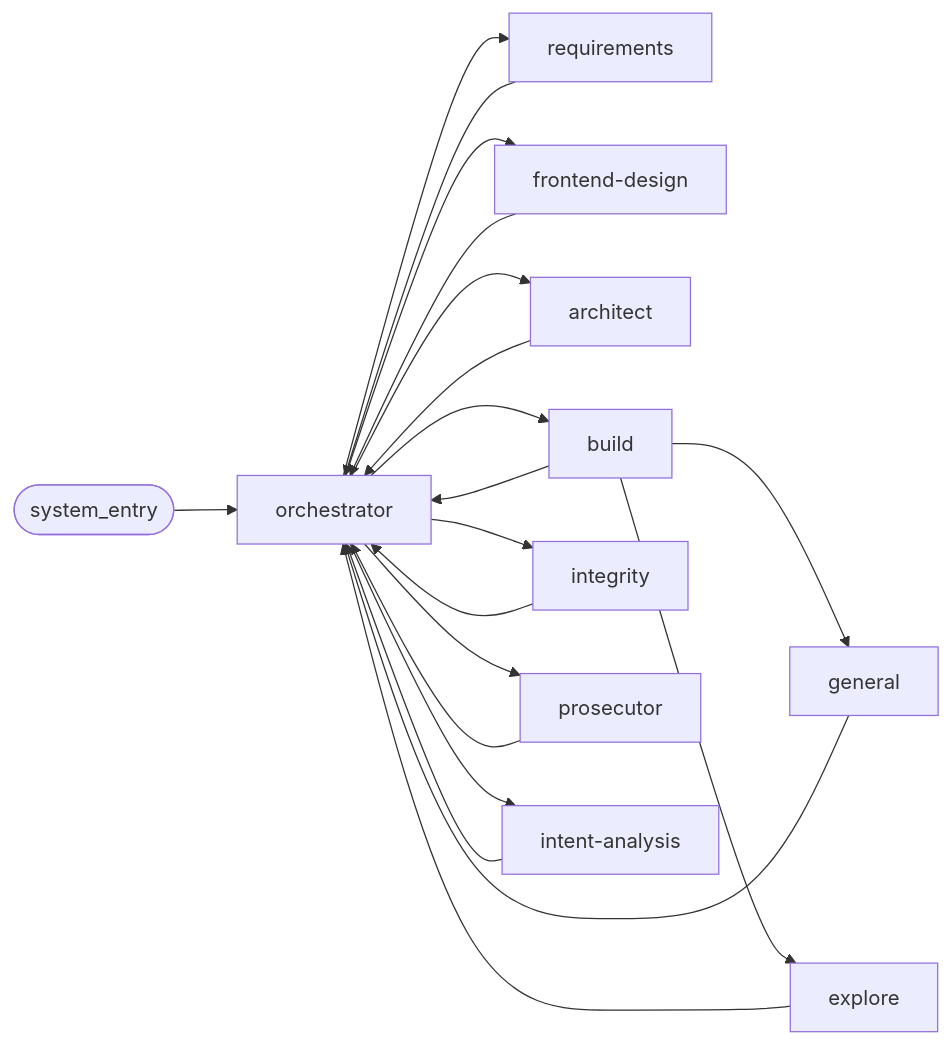
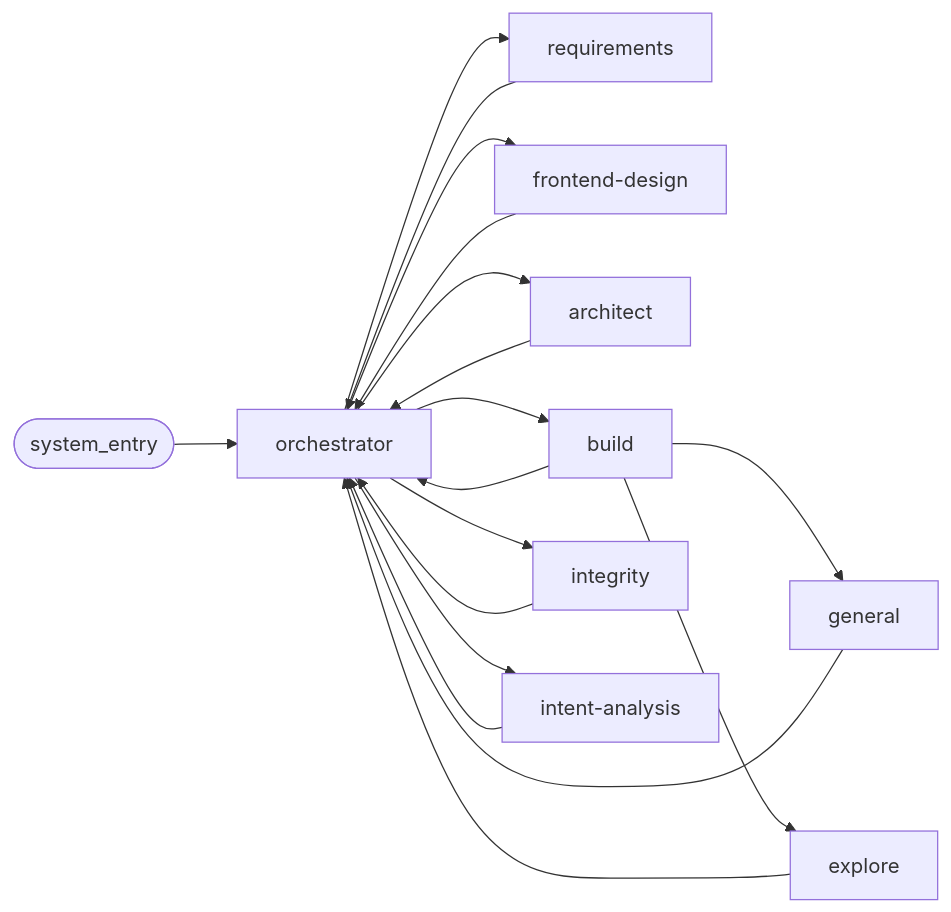
Before and after one commit to yangheng95/argus: the first of 2 diagrams in specs/new-arch/13-agent-communication-matrix.md, drawn with Mermaid. The commit also changed other lines of this file and 32 other files, not shown here.

````diff
--- a/specs/new-arch/13-agent-communication-matrix.md
+++ b/specs/new-arch/13-agent-communication-matrix.md
@@ -76,34 +73,31 @@
 ```mermaid
 flowchart LR
   SYS([system_entry])
   O[orchestrator]
   R[requirements]
   X[frontend-design]
   A[architect]
   B[build]
   IT[integrity]
-  PR[prosecutor]
   G[general]
   E[explore]
   I[intent-analysis]
 
   SYS --> O
   O --> R
   R --> O
   O --> X
   X --> O
   O --> A
   A --> O
   O --> B
   B --> O
   O --> IT
   IT --> O
-  O --> PR
-  PR --> O
   O --> I
   I --> O
   B --> G
   B --> E
   G --> O
   E --> O
 ```
````
